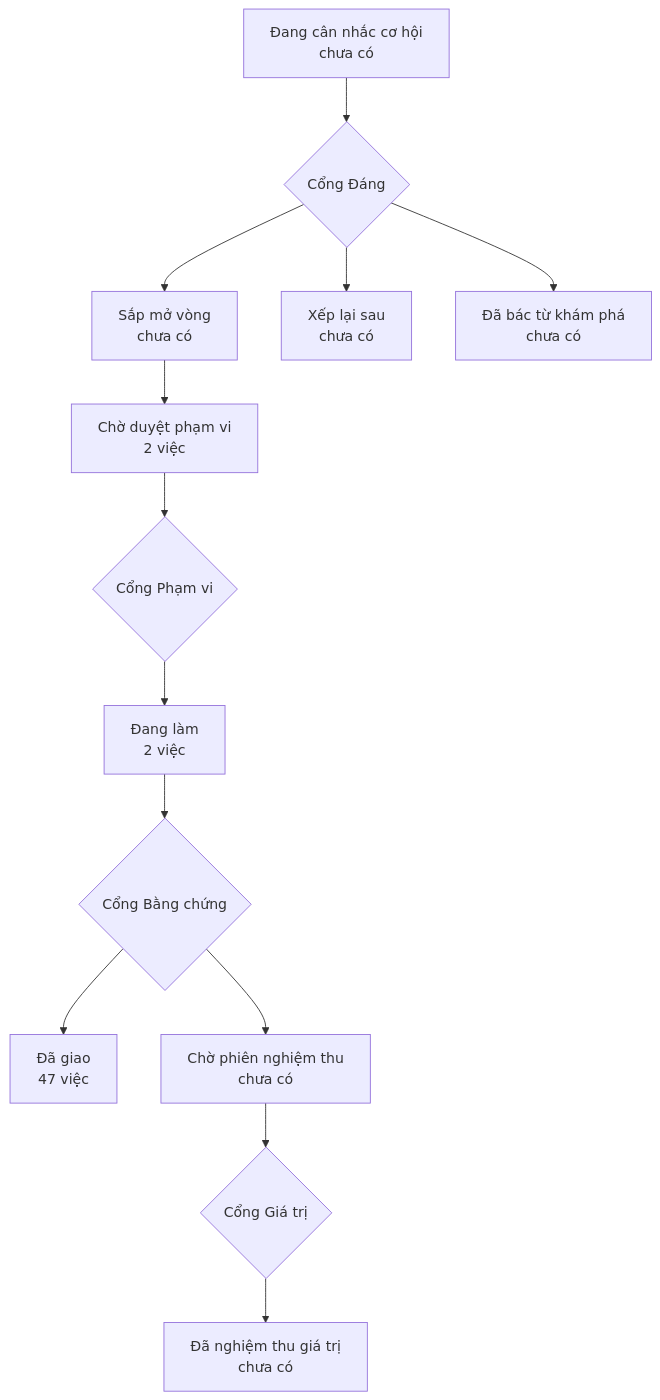
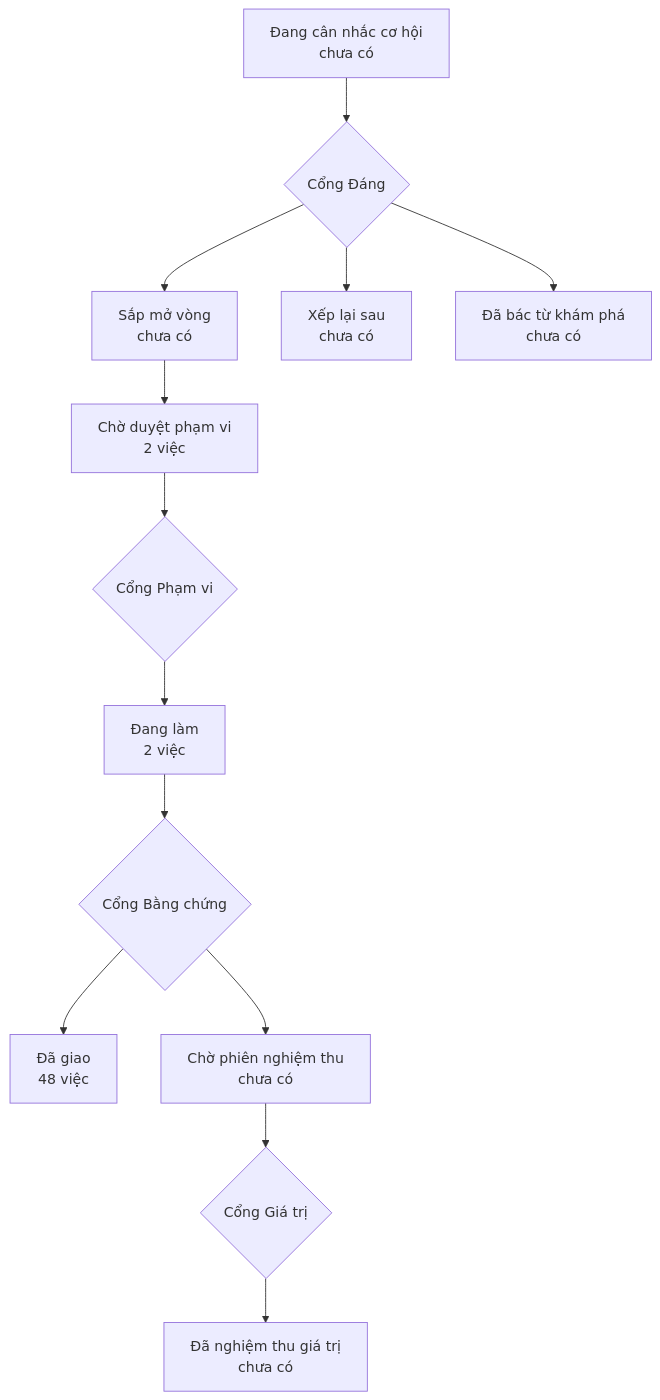
The diagram in PRODUCT-MAP.md (phanlemanh/acceptance-gate-kit), drawn with Mermaid before and after one commit.

Commit message:
chore(map): vẽ lại bản đồ sau khi gộp main (release-2-2-0)

````diff
--- a/PRODUCT-MAP.md
+++ b/PRODUCT-MAP.md
@@ -6,12 +6,12 @@
 ```mermaid
 flowchart TD
   A["Đang cân nhắc cơ hội<br/>chưa có"] --> GD{"Cổng Đáng"}
   GD --> B["Sắp mở vòng<br/>chưa có"]
   GD --> XL["Xếp lại sau<br/>chưa có"]
   GD --> DB["Đã bác từ khám phá<br/>chưa có"]
   B --> CD["Chờ duyệt phạm vi<br/>2 việc"] --> GP{"Cổng Phạm vi"}
   GP --> DL["Đang làm<br/>2 việc"] --> GB{"Cổng Bằng chứng"}
-  GB --> DG["Đã giao<br/>47 việc"]
+  GB --> DG["Đã giao<br/>48 việc"]
   GB --> CN["Chờ phiên nghiệm thu<br/>chưa có"] --> GG{"Cổng Giá trị"}
   GG --> NT["Đã nghiệm thu giá trị<br/>chưa có"]
 ```
````
